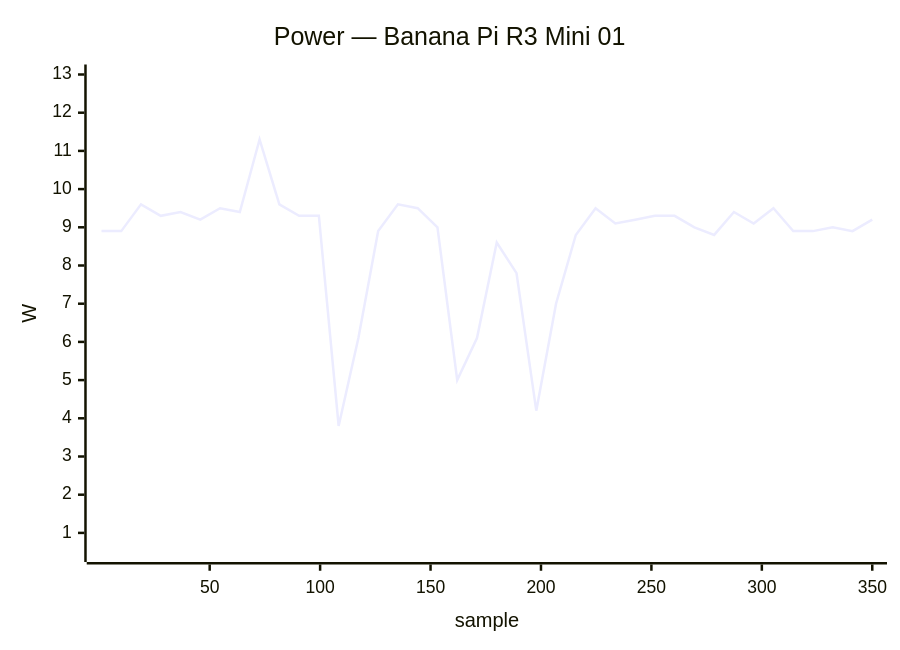
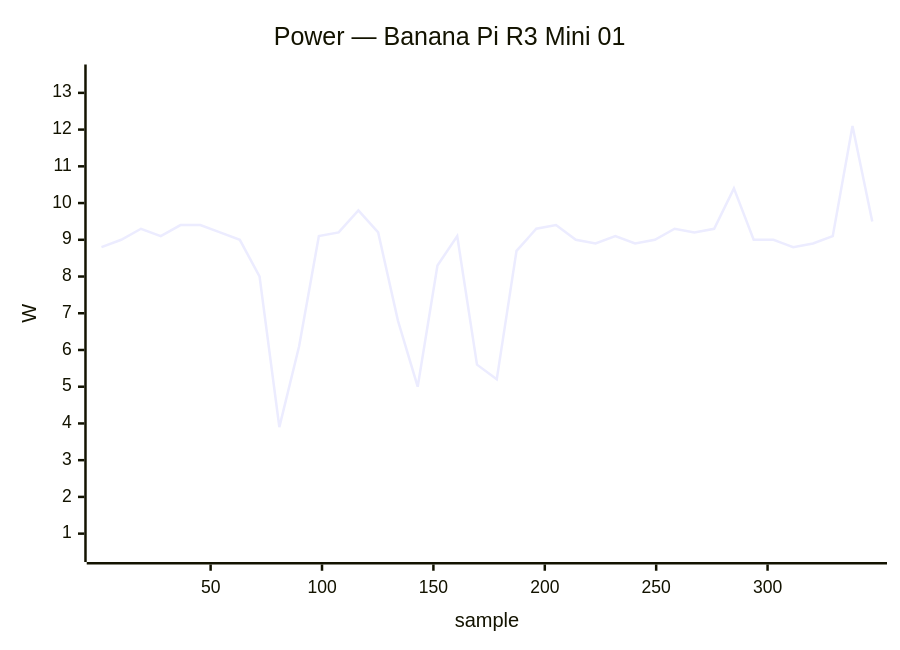
One commit to armbian/documentation changed diagram 14 of 50 in docs/status/board-tests.md. Above: the diagram before and after it, drawn with Mermaid. The commit also changed other lines of this file, not shown here.

````diff
--- a/docs/status/board-tests.md
+++ b/docs/status/board-tests.md
@@ -493,7 +684,7 @@
 ```mermaid
 xychart-beta
     title "Power — Banana Pi R3 Mini 01"
-    x-axis "sample" 1 --> 350
-    y-axis "W" 0.5 --> 13.0
-    line [8.9, 8.9, 9.6, 9.3, 9.4, 9.2, 9.5, 9.4, 11.3, 9.6, 9.3, 9.3, 3.8, 6.1, 8.9, 9.6, 9.5, 9.0, 5.0, 6.1, 8.6, 7.8, 4.2, 7.0, 8.8, 9.5, 9.1, 9.2, 9.3, 9.3, 9.0, 8.8, 9.4, 9.1, 9.5, 8.9, 8.9, 9.0, 8.9, 9.2]
+    x-axis "sample" 1 --> 347
+    y-axis "W" 0.5 --> 13.5
+    line [8.8, 9.0, 9.3, 9.1, 9.4, 9.4, 9.2, 9.0, 8.0, 3.9, 6.1, 9.1, 9.2, 9.8, 9.2, 6.8, 5.0, 8.3, 9.1, 5.6, 5.2, 8.7, 9.3, 9.4, 9.0, 8.9, 9.1, 8.9, 9.0, 9.3, 9.2, 9.3, 10.4, 9.0, 9.0, 8.8, 8.9, 9.1, 12.1, 9.5]
 ```
````
